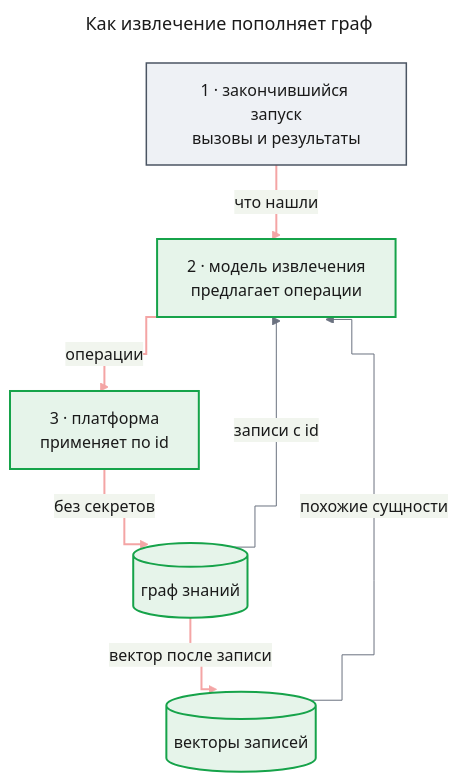
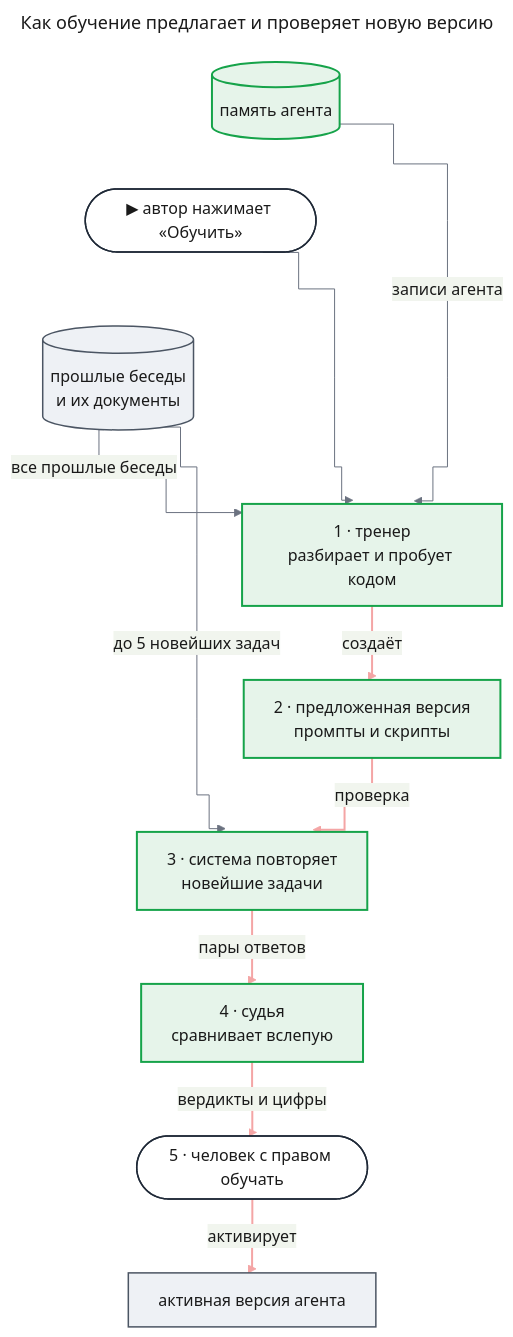
One commit to tundraray/agent-os changed the second of 3 diagrams in docs/features/self-learning/prd.md. Above: the diagram before and after it, drawn with Mermaid. The commit also changed other lines of this file and 1225 other files, not shown here.

````diff
--- a/docs/features/self-learning/prd.md
+++ b/docs/features/self-learning/prd.md
@@ -137,41 +106,55 @@
 ```mermaid
 ---
-title: "Как извлечение пополняет граф"
+title: "Как обучение предлагает и проверяет новую версию"
 config:
   theme: base
   look: classic
   themeVariables:
     primaryColor: "#eef1f5"
     primaryBorderColor: "#4b5563"
     primaryTextColor: "#1a1a1a"
     lineColor: "#6b7280"
   flowchart:
     curve: step
   themeCSS: |
-    @keyframes lit_sl3{0%,22.5%{stroke:#991b1b;stroke-width:6px}25%,100%{stroke:#f4a5a5;stroke-width:2px}}
+    @keyframes lit_slt{0%,18%{stroke:#991b1b;stroke-width:6px}20%,100%{stroke:#f4a5a5;stroke-width:2px}}
 ---
 flowchart TB
-    run["1 · закончившийся запуск<br/>вызовы и результаты"]
-    model["2 · модель извлечения<br/>предлагает операции"]
-    apply["3 · платформа<br/>применяет по id"]
-    kg[("граф знаний")]
-    vec[("векторы записей")]
-    run e1@-->|"что нашли"| model
-    model e2@-->|"операции"| apply
-    apply e3@-->|"без секретов"| kg
-    kg e4@-->|"вектор после записи"| vec
-    kg -->|"записи с id"| model
-    vec -->|"похожие сущности"| model
+    memory[("память агента")]
+    entry(["▶ автор нажимает «Обучить»"])
+    convs[("прошлые беседы<br/>и их документы")]
+    memory ~~~ entry
+    entry ~~~ convs
+    trainer["1 · тренер<br/>разбирает и пробует кодом"]
+    proposal["2 · предложенная версия<br/>промпты и скрипты"]
+    replay["3 · система повторяет<br/>новейшие задачи"]
+    judge["4 · судья<br/>сравнивает вслепую"]
+    human(["5 · человек с правом обучать"])
+    active["активная версия агента"]
+    entry --> trainer
+    memory -->|"записи агента"| trainer
+    convs -->|"все прошлые беседы"| trainer
+    convs -->|"до 5 новейших задач"| replay
+    trainer e1@-->|"создаёт"| proposal
+    proposal e2@-->|"проверка"| replay
+    replay e3@-->|"пары ответов"| judge
+    judge e4@-->|"вердикты и цифры"| human
+    human e5@-->|"активирует"| active
+    classDef entry fill:#ffffff,stroke:#1f2937,stroke-width:1.5px,color:#1a1a1a
+    classDef changed fill:#fde8e8,stroke:#dc2626,stroke-width:2px,color:#1a1a1a
     classDef new fill:#e6f4ea,stroke:#16a34a,stroke-width:2px,color:#1a1a1a
     classDef unchanged fill:#eef1f5,stroke:#4b5563,stroke-width:1.5px,color:#1a1a1a
-    classDef w1 stroke:#f4a5a5,stroke-width:2px,animation:lit_sl3 4.8s linear 0s infinite
-    classDef w2 stroke:#f4a5a5,stroke-width:2px,animation:lit_sl3 4.8s linear 1.2s infinite
-    classDef w3 stroke:#f4a5a5,stroke-width:2px,animation:lit_sl3 4.8s linear 2.4s infinite
-    classDef w4 stroke:#f4a5a5,stroke-width:2px,animation:lit_sl3 4.8s linear 3.6s infinite
-    class run unchanged
-    class model,apply,kg,vec new
+    classDef w1 stroke:#f4a5a5,stroke-width:2px,animation:lit_slt 6s linear 0s infinite
+    classDef w2 stroke:#f4a5a5,stroke-width:2px,animation:lit_slt 6s linear 1.2s infinite
+    classDef w3 stroke:#f4a5a5,stroke-width:2px,animation:lit_slt 6s linear 2.4s infinite
+    classDef w4 stroke:#f4a5a5,stroke-width:2px,animation:lit_slt 6s linear 3.6s infinite
+    classDef w5 stroke:#f4a5a5,stroke-width:2px,animation:lit_slt 6s linear 4.8s infinite
+    class entry,human entry
+    class trainer,proposal,replay,judge,memory new
+    class convs,active unchanged
     class e1 w1
     class e2 w2
     class e3 w3
     class e4 w4
+    class e5 w5
 ```
````
